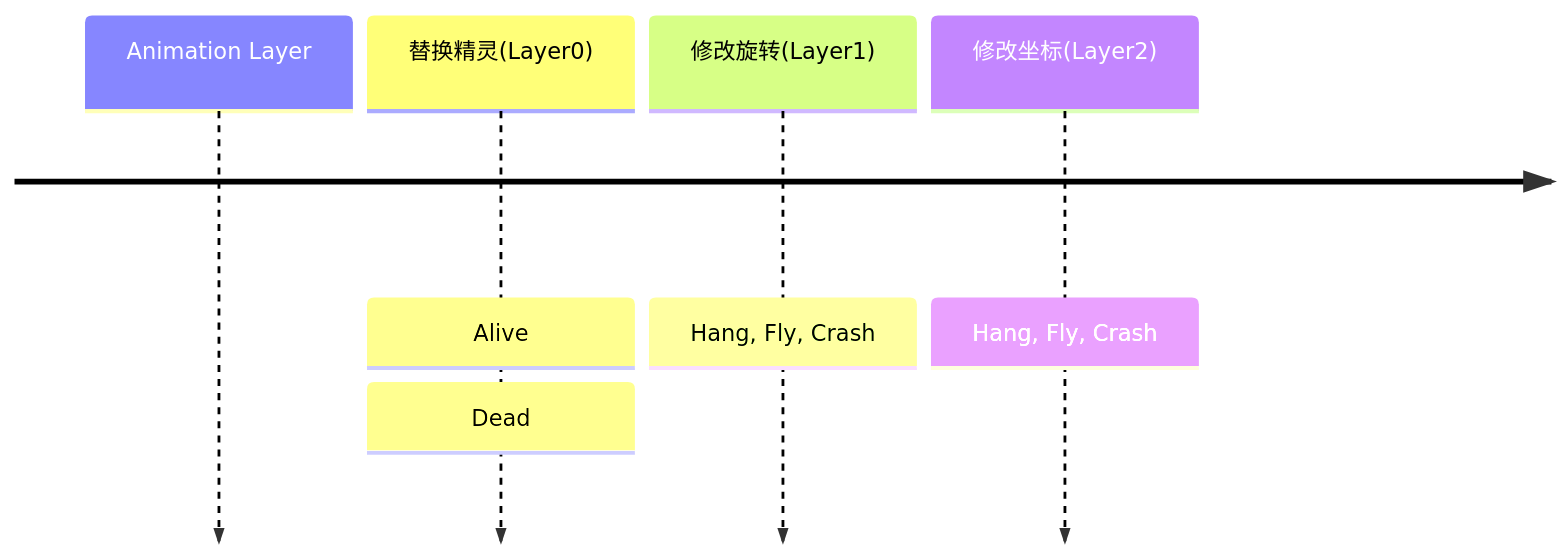
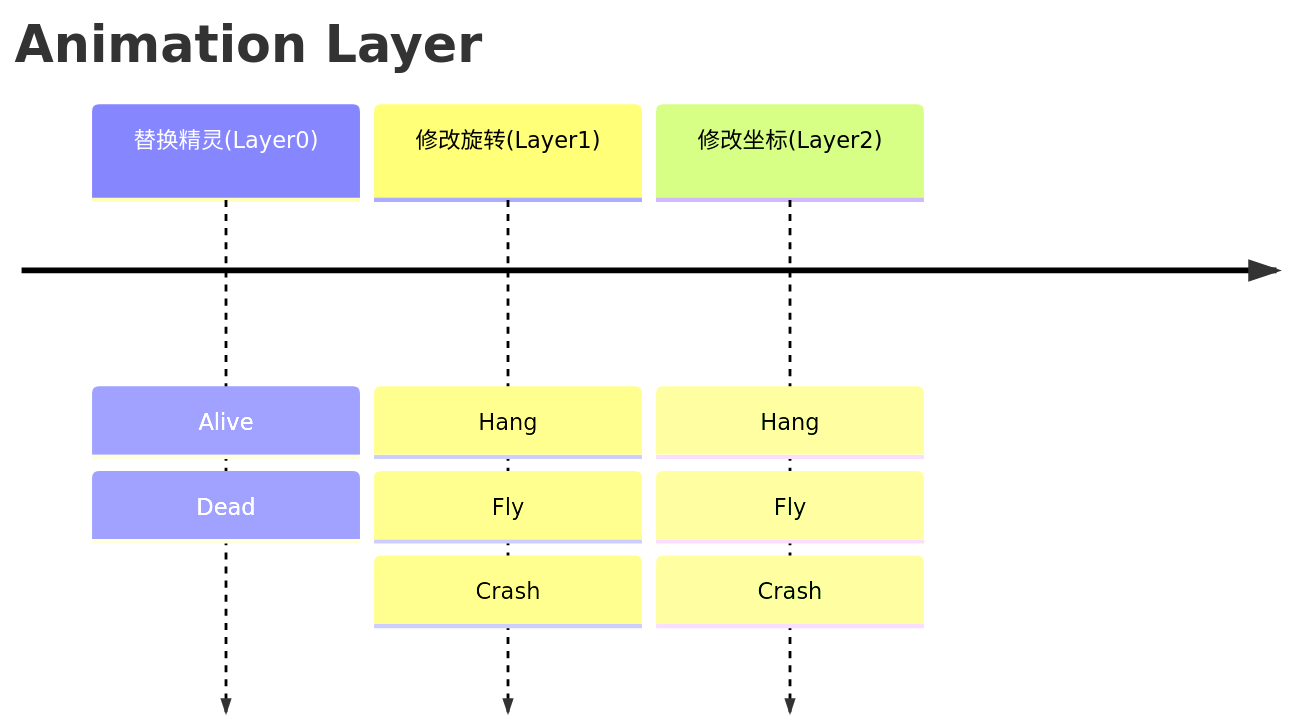
Before and after one commit to galacean/galacean.github.io: the third of 3 diagrams in docs/editor-first-2d-project.zh-CN.md, drawn with Mermaid. The commit also changed other lines of this file, not shown here.

````diff
--- a/docs/editor-first-2d-project.zh-CN.md
+++ b/docs/editor-first-2d-project.zh-CN.md
@@ -264,7 +263,7 @@
 ```mermaid
 timeline
-    Animation Layer
+    title Animation Layer
     替换精灵(Layer0) : Alive : Dead
-    修改旋转(Layer1) : Hang, Fly, Crash
-    修改坐标(Layer2) : Hang, Fly, Crash
+    修改旋转(Layer1) : Hang : Fly : Crash
+    修改坐标(Layer2) : Hang : Fly : Crash
 ```
````
